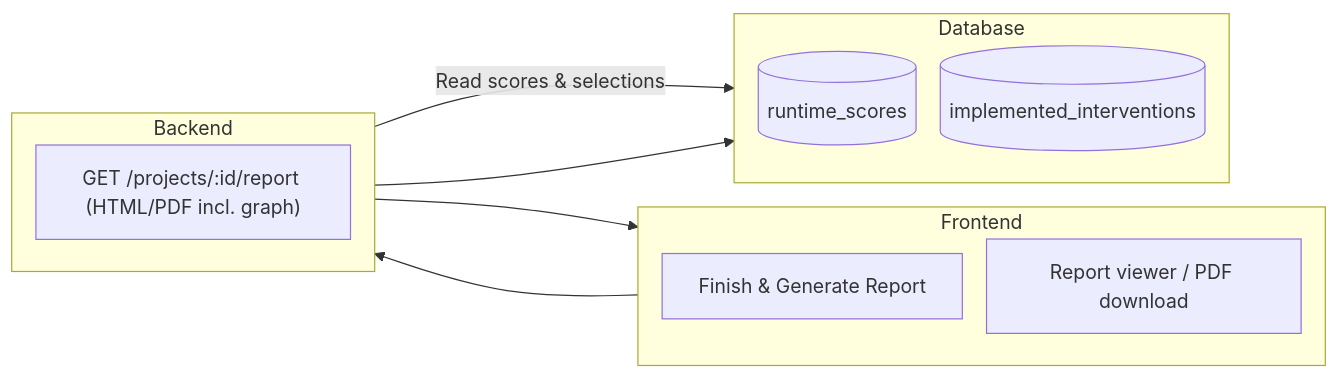
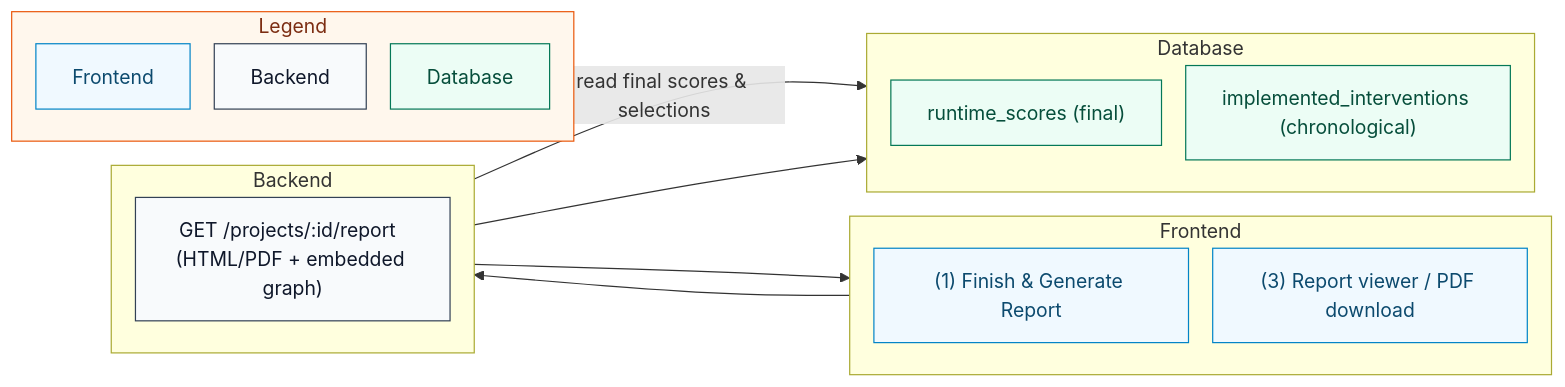
Before and after one commit to Hydra0201/Tech-Titans: the third of 3 diagrams in docs/architecture/overview.md, drawn with Mermaid. The commit also changed other lines of this file and 2 other files, not shown here.

````diff
--- a/docs/architecture/overview.md
+++ b/docs/architecture/overview.md
@@ -94,25 +151,40 @@
 ```mermaid
 %%{init: { "flowchart": { "nodeSpacing": 20, "rankSpacing": 28 }}}%%
 flowchart LR
+  classDef fe fill:#F0F9FF,stroke:#0284c7,color:#0c4a6e
+  classDef be fill:#F8FAFC,stroke:#334155,color:#0f172a
+  classDef db fill:#ECFDF5,stroke:#047857,color:#064e3b
+  classDef legend fill:#FFF7ED,stroke:#ea580c,color:#7c2d12
+
   subgraph Frontend
     direction TB
-    F_Done["Finish & Generate Report"]
-    F_Report["Report viewer / PDF download"]
+    F1["(1) Finish & Generate Report"]:::fe
+    F2["(3) Report viewer / PDF download"]:::fe
   end
 
   subgraph Backend
     direction TB
-    B_Report["GET /projects/:id/report (HTML/PDF incl. graph)"]
+    B1["GET /projects/:id/report  (HTML/PDF + embedded graph)"]:::be
   end
 
   subgraph Database
     direction TB
-    D_Runtime[(runtime_scores)]
-    D_Implemented[(implemented_interventions)]
+    D1["runtime_scores (final)"]:::db
+    D2["implemented_interventions (chronological)"]:::db
   end
 
-  F_Done --> B_Report
-  B_Report -->|Read scores & selections| D_Runtime
-  B_Report --> D_Implemented
-  B_Report --> F_Report
+  F1 --> B1
+  B1 -->|"read final scores & selections"| D1
+  B1 --> D2
+  B1 --> F2
+
+  %% Legend
+  subgraph L["Legend"]
+    direction TB
+    L1["Frontend"]:::fe
+    L2["Backend"]:::be
+    L3["Database"]:::db
+  end
+  class L legend
+
 ```
````
